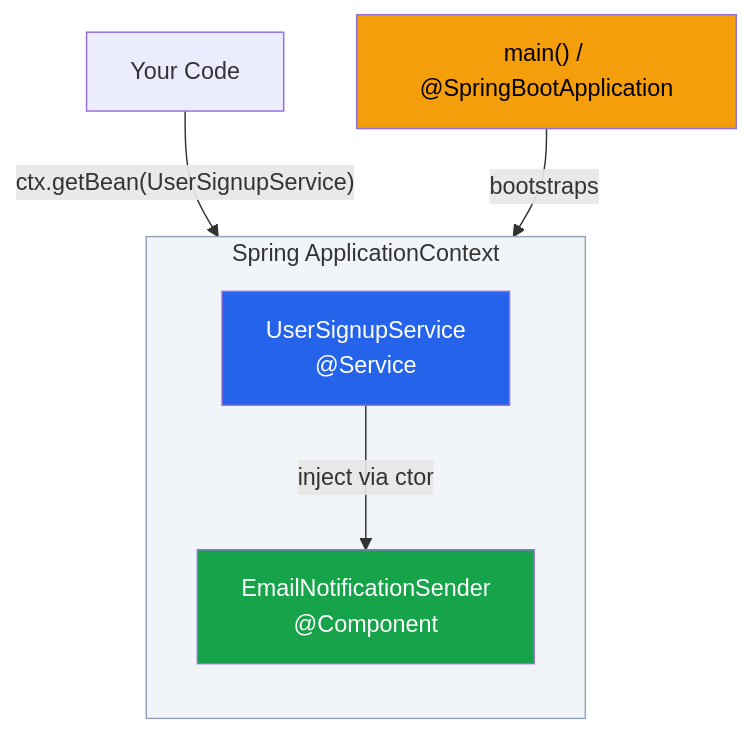
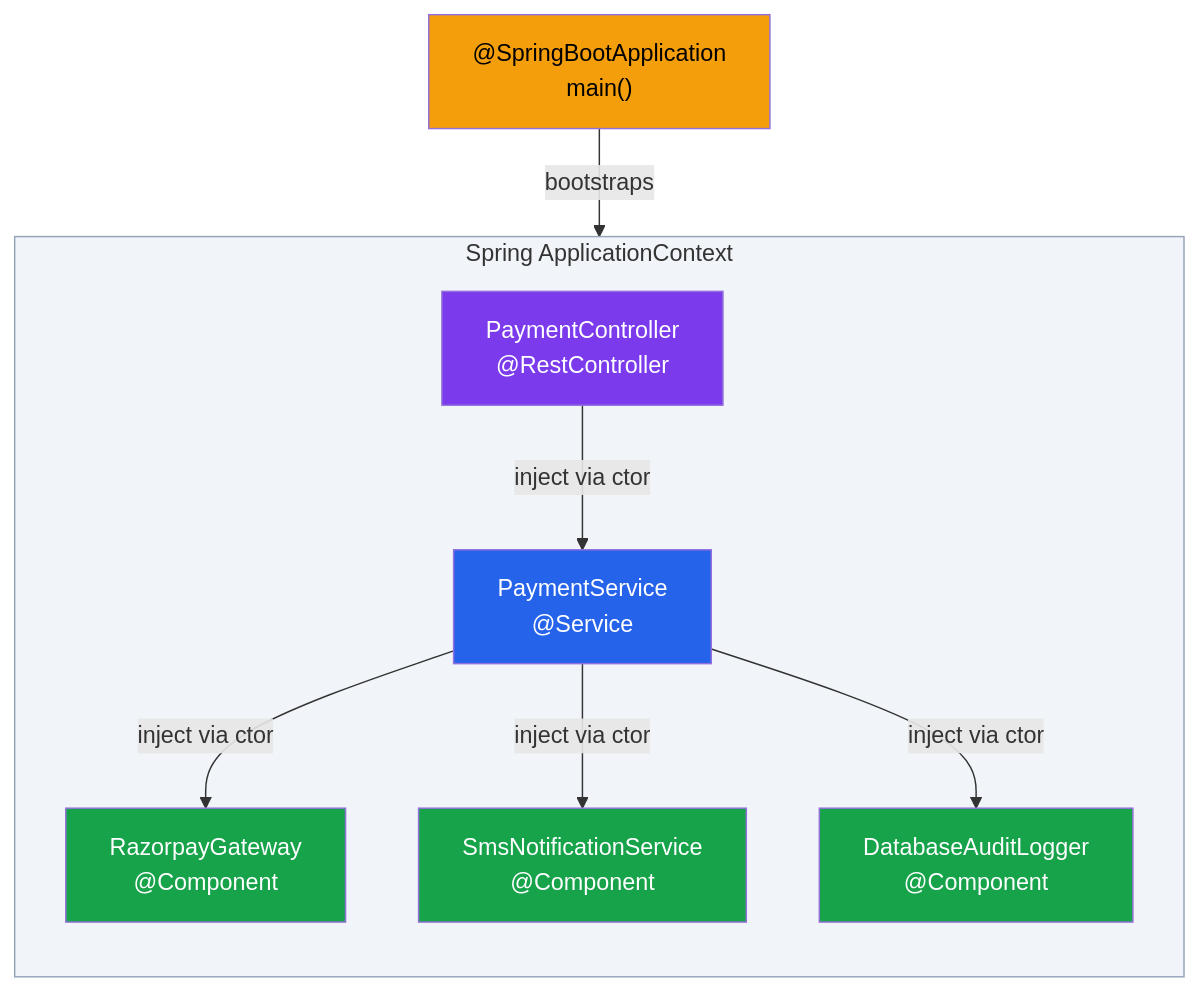
Before and after one commit to Siddesh-Pansare93/dev-notes: the second of 3 diagrams in springboot/04-Spring-Core/01-IoC-DI-Concepts.md, drawn with Mermaid. The commit also changed other lines of this file and 248 other files, not shown here.

````diff
--- a/springboot/04-Spring-Core/01-IoC-DI-Concepts.md
+++ b/springboot/04-Spring-Core/01-IoC-DI-Concepts.md
@@ -145,15 +380,23 @@
 ```mermaid
 flowchart TD
     subgraph Container["Spring ApplicationContext"]
         direction TB
-        ES["EmailNotificationSender\n@Component"]
-        USS["UserSignupService\n@Service"]
-        USS -- "inject via ctor" --> ES
+        RG["RazorpayGateway\n@Component"]
+        SMS["SmsNotificationService\n@Component"]
+        DAL["DatabaseAuditLogger\n@Component"]
+        PS["PaymentService\n@Service"]
+        PC["PaymentController\n@RestController"]
+        PS -- "inject via ctor" --> RG
+        PS -- "inject via ctor" --> SMS
+        PS -- "inject via ctor" --> DAL
+        PC -- "inject via ctor" --> PS
     end
-    Main["main() / @SpringBootApplication"] -- "bootstraps" --> Container
-    Client["Your Code"] -- "ctx.getBean(UserSignupService)" --> USS
-    style ES fill:#16a34a,color:#fff
-    style USS fill:#2563eb,color:#fff
+    Main["@SpringBootApplication\nmain()"] -- "bootstraps" --> Container
+    style RG fill:#16a34a,color:#fff
+    style SMS fill:#16a34a,color:#fff
+    style DAL fill:#16a34a,color:#fff
+    style PS fill:#2563eb,color:#fff
+    style PC fill:#7c3aed,color:#fff
     style Container fill:#f1f5f9,stroke:#94a3b8
     style Main fill:#f59e0b,color:#000
 ```
````
